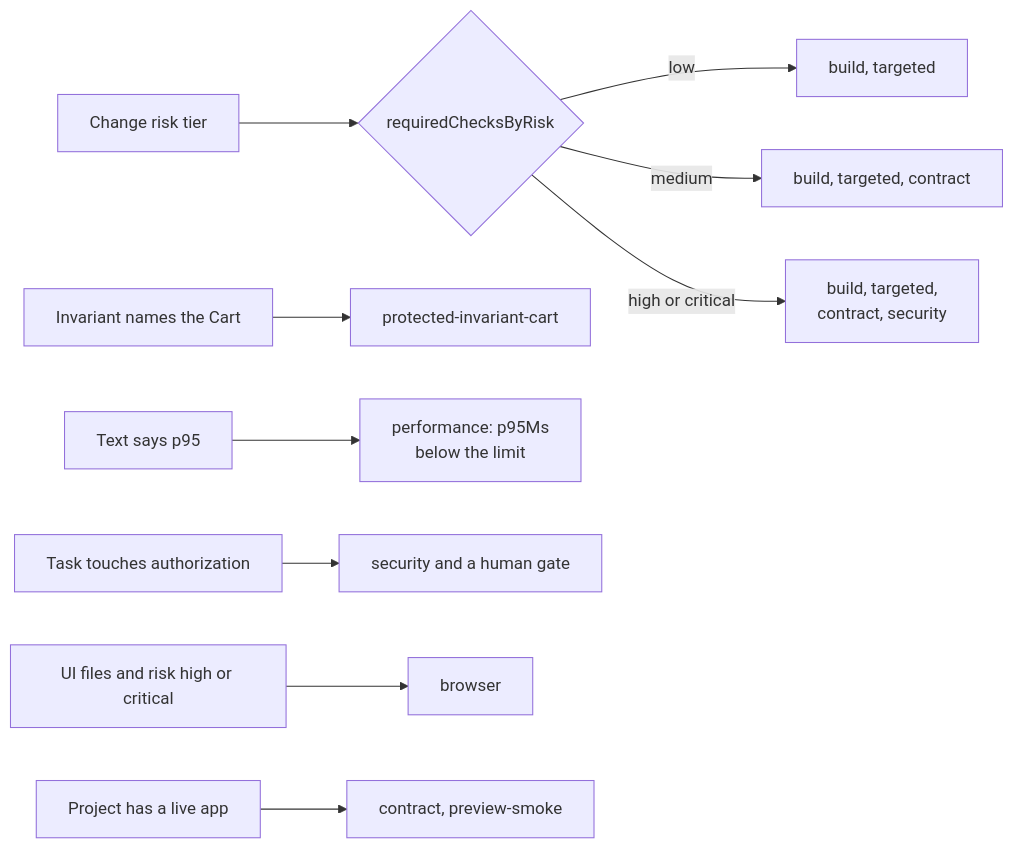
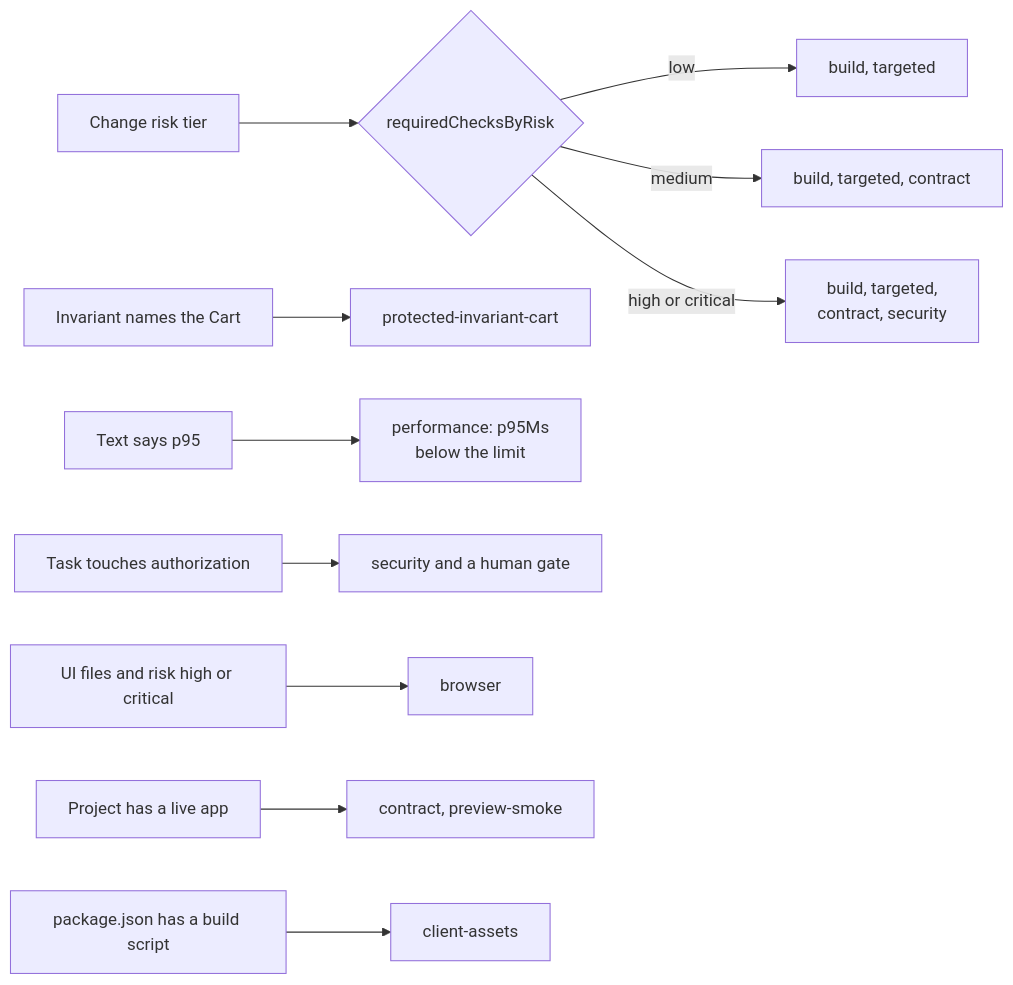
The fifth of 8 diagrams in docs/architecture/source-and-verification.md (nsudhanva/rhumbatron), drawn with Mermaid before and after one commit. The commit also changed other lines of this file and 29 other files, not shown here.

````diff
--- a/docs/architecture/source-and-verification.md
+++ b/docs/architecture/source-and-verification.md
@@ -204,12 +214,13 @@
 ```mermaid
 flowchart LR
   RISK["Change risk tier"] --> POL{"requiredChecksByRisk"}
   POL -->|"low"| LOW["build, targeted"]
   POL -->|"medium"| MED["build, targeted, contract"]
   POL -->|"high or critical"| HIGH["build, targeted,<br/>contract, security"]
   T1["Invariant names the Cart"] --> CART["protected-invariant-cart"]
   T2["Text says p95"] --> PERF["performance: p95Ms<br/>below the limit"]
   T3["Task touches authorization"] --> SEC["security and a human gate"]
   T4["UI files and risk high or critical"] --> BRW["browser"]
   T5["Project has a live app"] --> LIVE["contract, preview-smoke"]
+  T6["package.json has a build script"] --> CA["client-assets"]
 ```
````
